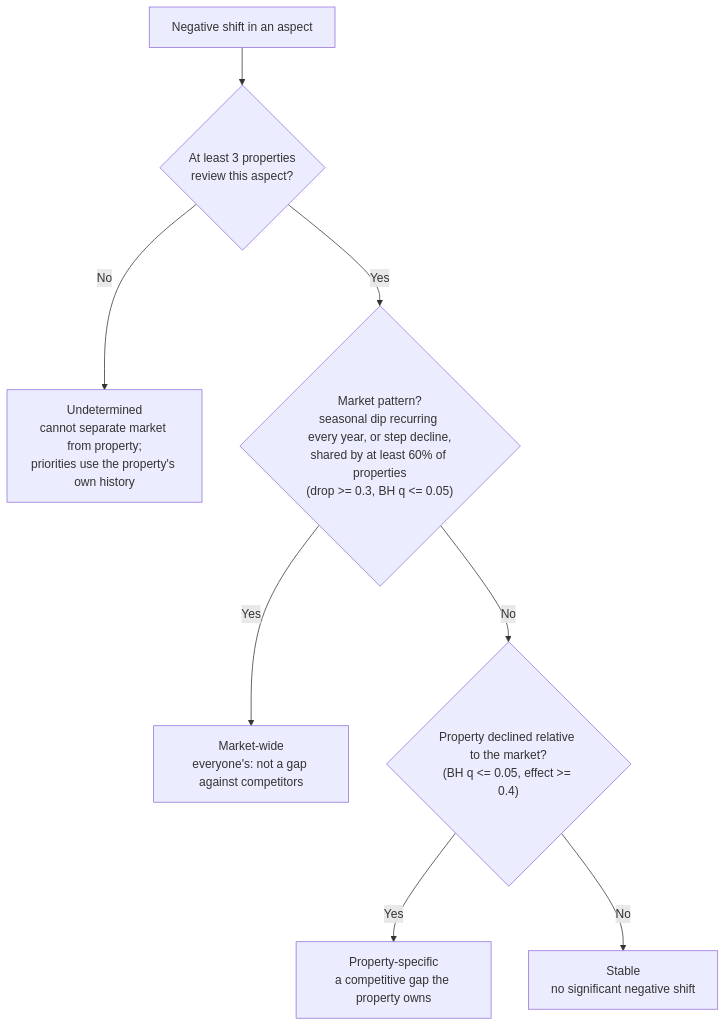
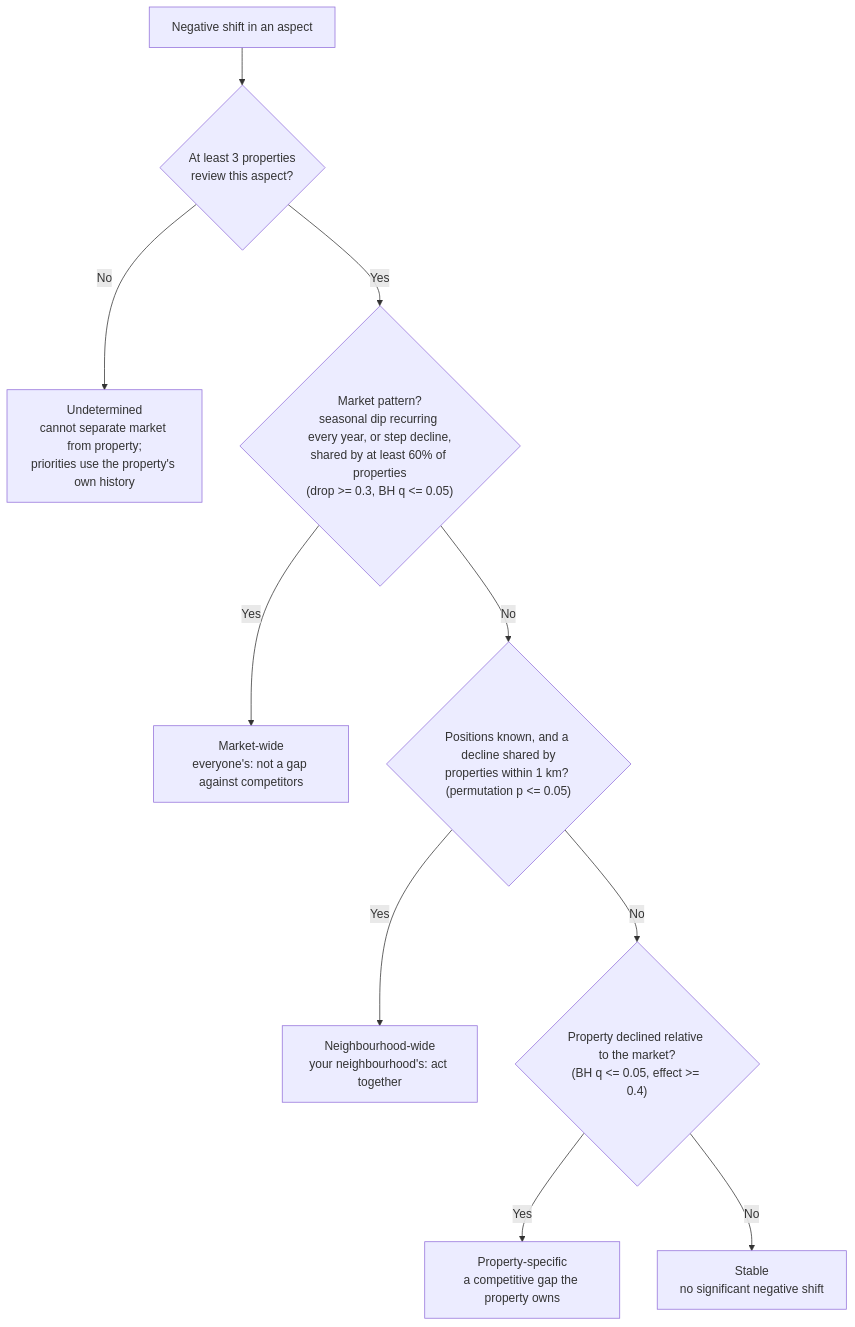
Before and after one commit to AnubhavKiroula/cluster-review-intelligence: the seventh of 10 diagrams in README.md, drawn with Mermaid. The commit also changed other lines of this file and 11 other files, not shown here.

First line of the commit message:
docs: neighbourhood method, calibration, positions schema, credits, demo

````diff
--- a/README.md
+++ b/README.md
@@ -263,10 +265,12 @@
 ```mermaid
 flowchart TD
     N["Negative shift in an aspect"] --> P{"At least 3 properties<br/>review this aspect?"}
     P -- No --> UD["Undetermined<br/>cannot separate market from property;<br/>priorities use the property's own history"]
     P -- Yes --> M{"Market pattern?<br/>seasonal dip recurring every year, or step decline,<br/>shared by at least 60% of properties<br/>(drop >= 0.3, BH q <= 0.05)"}
     M -- Yes --> MW["Market-wide<br/>everyone's: not a gap against competitors"]
-    M -- No --> C{"Property declined relative to the market?<br/>(BH q <= 0.05, effect >= 0.4)"}
+    M -- No --> NB{"Positions known, and a decline shared by<br/>properties within 1 km? (permutation p <= 0.05)"}
+    NB -- Yes --> NW["Neighbourhood-wide<br/>your neighbourhood's: act together"]
+    NB -- No --> C{"Property declined relative to the market?<br/>(BH q <= 0.05, effect >= 0.4)"}
     C -- Yes --> PS["Property-specific<br/>a competitive gap the property owns"]
     C -- No --> ST["Stable<br/>no significant negative shift"]
 ```
````
